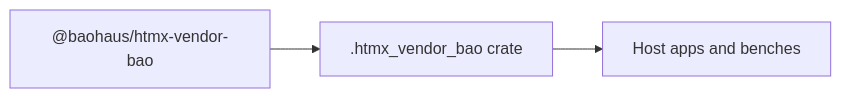
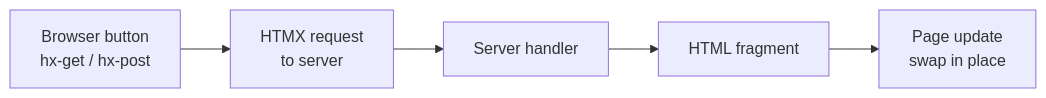
The diagram in bao-source/htmx-vendor-bao/README.md (d4551/docduckgoose), drawn with Mermaid before and after one commit. The commit also changed other lines of this file and 295 other files, not shown here.

````diff
--- a/bao-source/htmx-vendor-bao/README.md
+++ b/bao-source/htmx-vendor-bao/README.md
@@ -10,5 +15,7 @@
 ```mermaid
 flowchart LR
-  producer["@baohaus/htmx-vendor-bao"] --> crate[".htmx_vendor_bao crate"]
-  crate --> consumers["Host apps and benches"]
+  button["Browser button\nhx-get / hx-post"] --> htmx["HTMX request\nto server"]
+  htmx --> server["Server handler"]
+  server --> fragment["HTML fragment"]
+  fragment --> page["Page update\nswap in place"]
 ```
````
